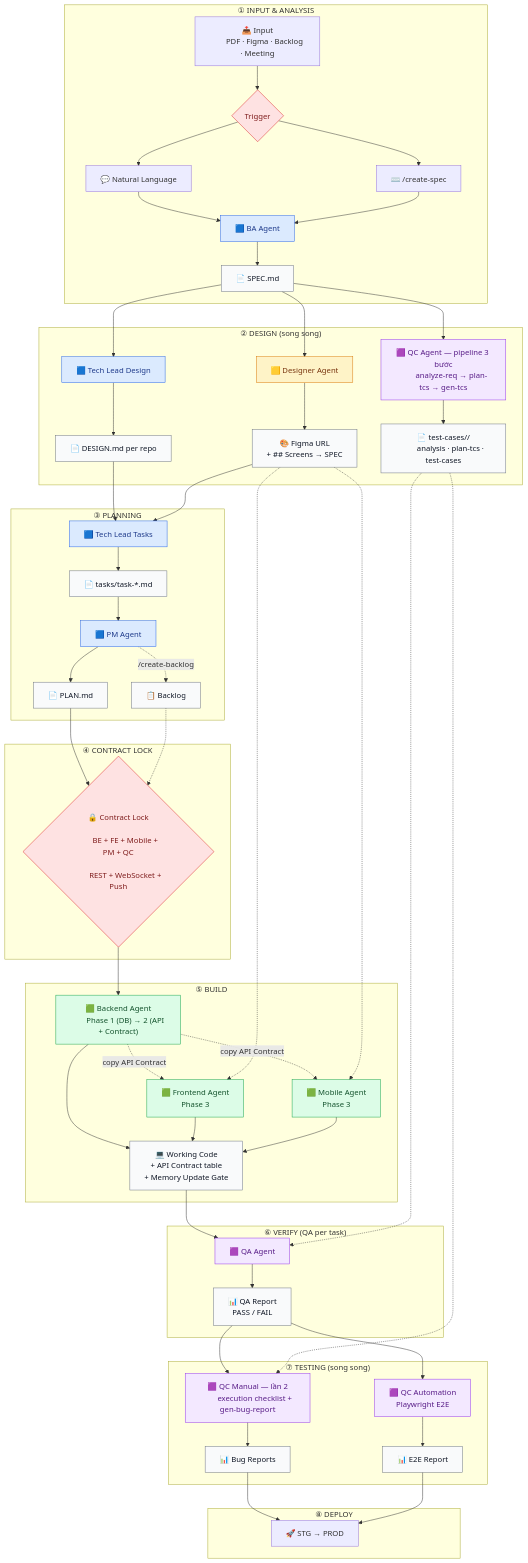
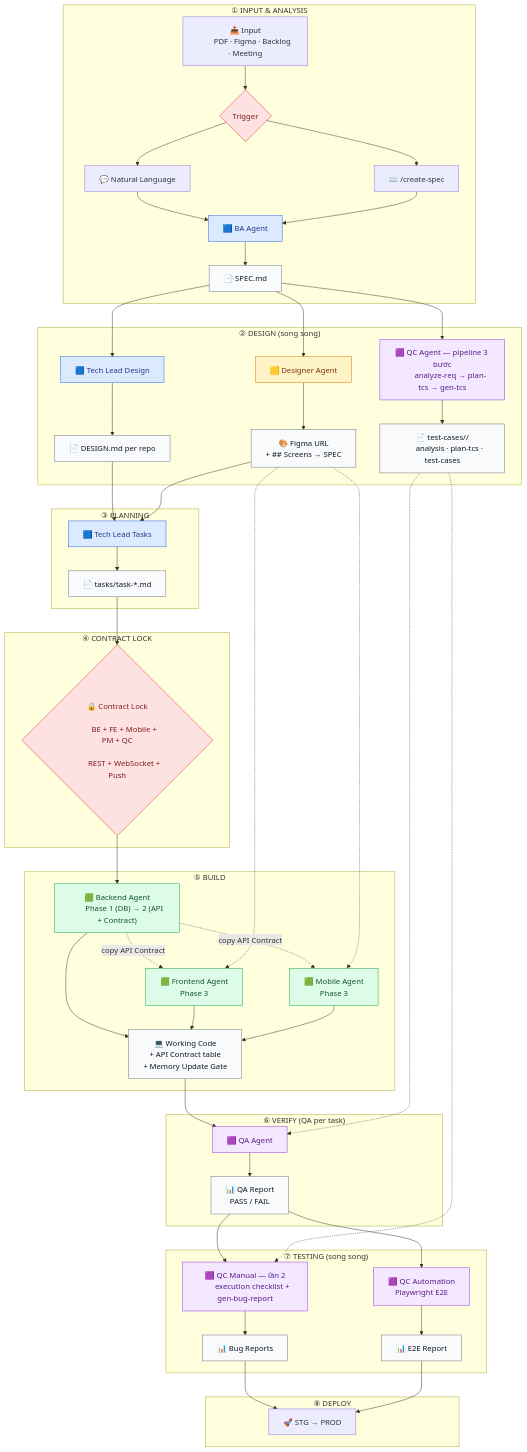
One commit to dipro-vn/dipro-ai-boost changed the diagram in project-ai-kit/README.md. Above: the diagram before and after it, drawn with Mermaid. The commit also changed other lines of this file and 537 other files, not shown here.

Commit message:
feat: update flow app

````diff
--- a/project-ai-kit/README.md
+++ b/project-ai-kit/README.md
@@ -235,21 +249,10 @@
 
         TASKDOC["📄 tasks/task-*.md"]
 
-        PM["🟦 PM Agent"]
-
-        PLAN["📄 PLAN.md"]
-
-        BACKLOG["📋 Backlog"]
-
         DESIGN --> TASK
         FIGMA --> TASK
 
         TASK --> TASKDOC
-
-        TASKDOC --> PM
-
-        PM --> PLAN
-        PM -. /create-backlog .-> BACKLOG
 
     end
 
@@ -265,8 +268,7 @@
 
     end
 
-    PLAN --> LOCK
-    BACKLOG -.-> LOCK
+    TASKDOC --> LOCK
 
     %% ===== STAGE 5 =====
 
@@ -358,12 +360,12 @@
     classDef artifact fill:#F9FAFB,stroke:#6B7280,color:#111827
     classDef gate fill:#FEE2E2,stroke:#DC2626,color:#7F1D1D
 
-    class BA,TLD,TASK,PM ba
+    class BA,TLD,TASK ba
     class BE,FE,MOB dev
     class QCPIPE,QA,MANUAL,AUTO qa
     class DES design
 
-    class SPEC,DESIGN,FIGMA,TC,TASKDOC,PLAN,BACKLOG,CODE,REPORT,BUG,E2E artifact
+    class SPEC,DESIGN,FIGMA,TC,TASKDOC,CODE,REPORT,BUG,E2E artifact
 
     class TRIGGER,LOCK gate
 ```
````
